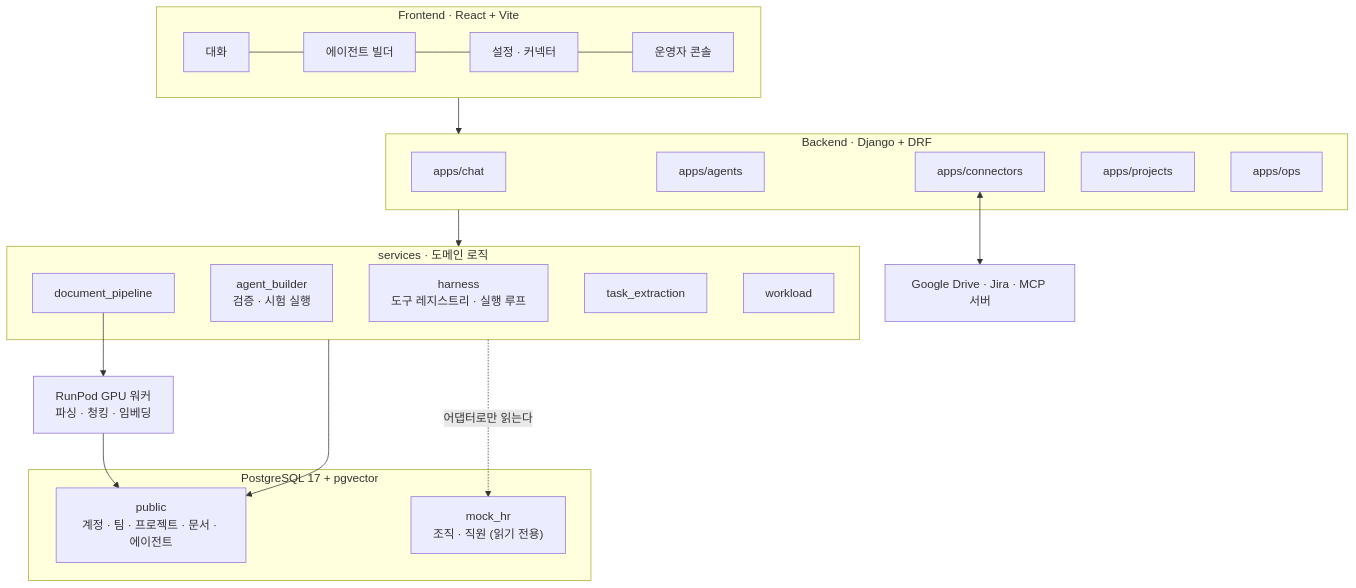
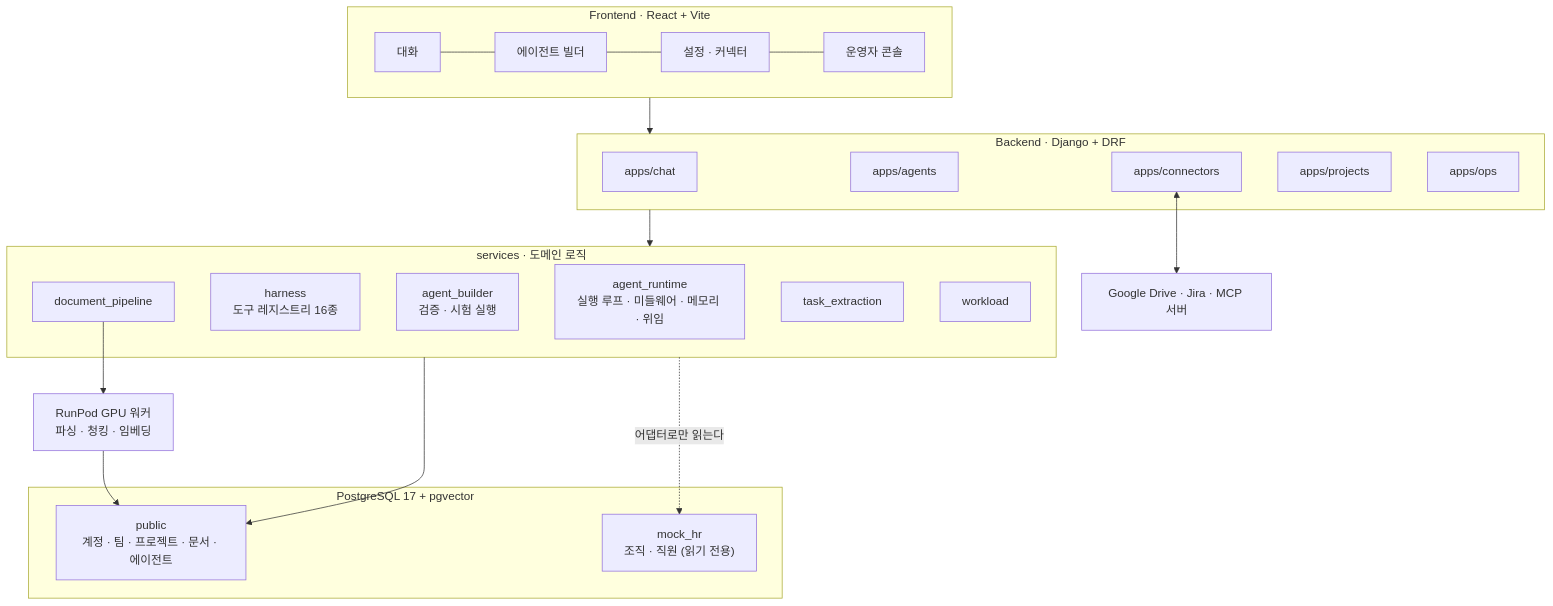
One commit to SKNETWORKS-FAMILY-AICAMP/SKN29-FINAL-2TEAM changed the second of 4 diagrams in README.md. Above: the diagram before and after it, drawn with Mermaid. The commit also changed other lines of this file and 6 other files, not shown here.

````diff
--- a/README.md
+++ b/README.md
@@ -180,36 +185,37 @@
 ```mermaid
 flowchart TB
     subgraph FE["Frontend · React + Vite"]
         F1["대화"] --- F2["에이전트 빌더"] --- F3["설정 · 커넥터"] --- F4["운영자 콘솔"]
     end
 
     subgraph BE["Backend · Django + DRF"]
         A1["apps/chat"]
         A2["apps/agents"]
         A3["apps/connectors"]
         A4["apps/projects"]
         A5["apps/ops"]
     end
 
     subgraph SV["services · 도메인 로직"]
-        S1["harness<br/>도구 레지스트리 · 실행 루프"]
+        S1["agent_runtime<br/>실행 루프 · 미들웨어 · 메모리 · 위임"]
+        S6["harness<br/>도구 레지스트리 16종"]
         S2["agent_builder<br/>검증 · 시험 실행"]
         S3["document_pipeline"]
         S4["task_extraction"]
         S5["workload"]
     end
 
     subgraph DB["PostgreSQL 17 + pgvector"]
         D1["public<br/>계정 · 팀 · 프로젝트 · 문서 · 에이전트"]
         D2["mock_hr<br/>조직 · 직원 (읽기 전용)"]
     end
 
     EXT["Google Drive · Jira · MCP 서버"]
     GPU["RunPod GPU 워커<br/>파싱 · 청킹 · 임베딩"]
 
     FE --> BE --> SV
     SV --> D1
     SV -. 어댑터로만 읽는다 .-> D2
     A3 <--> EXT
     S3 --> GPU --> D1
 ```
````
